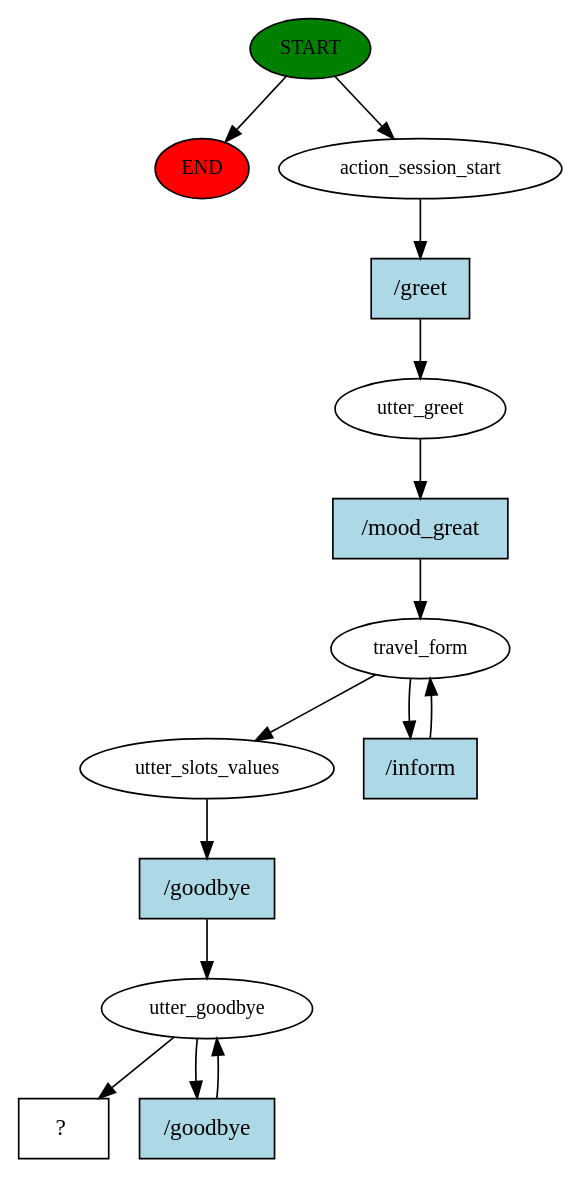
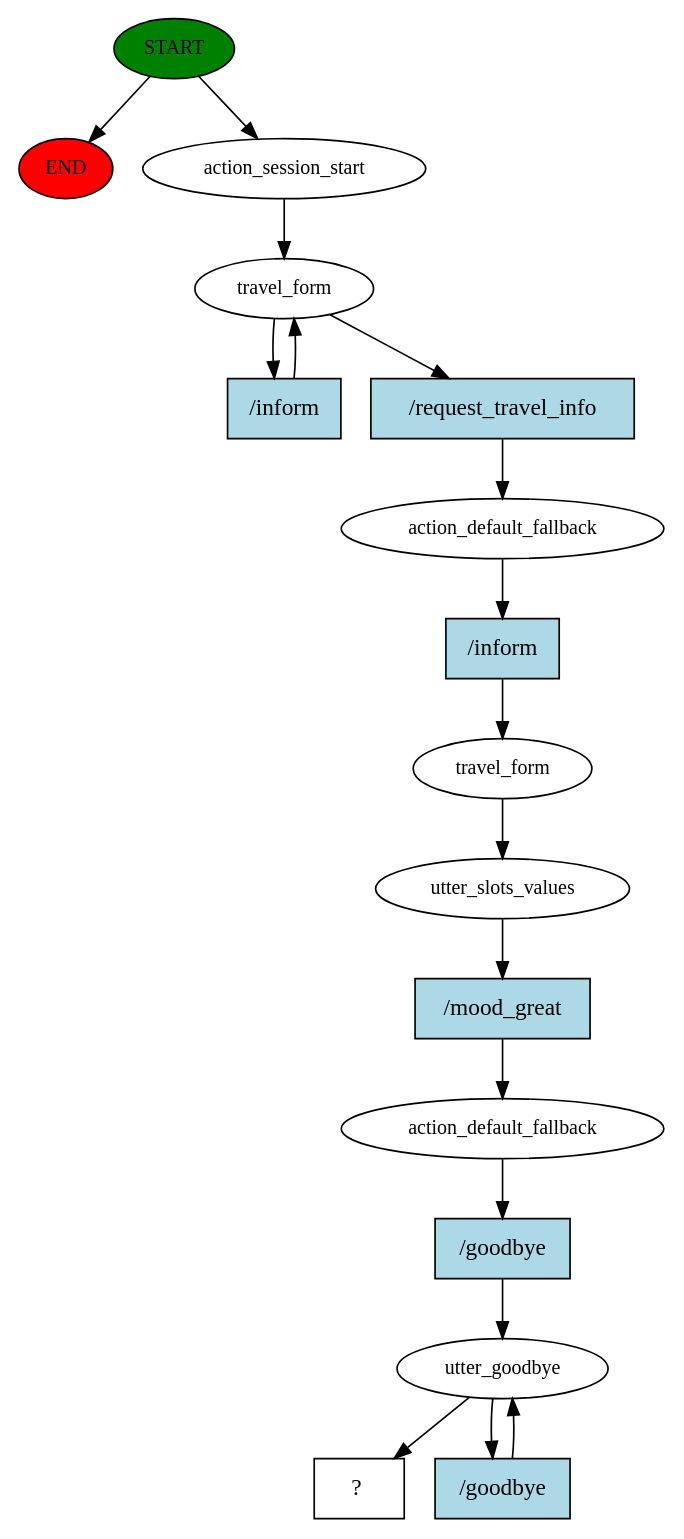
One commit to nirmalp-dev/travel-service-webapp changed the diagram in eduvibe/eduvibe/chatbot/story_graph.dot. Above: the diagram before and after it, drawn with Graphviz. The commit also changed 7 other files, not shown here.

```diff
--- a/eduvibe/eduvibe/chatbot/story_graph.dot
+++ b/eduvibe/eduvibe/chatbot/story_graph.dot
@@ -1,29 +1,35 @@
 digraph  {
 0 [class="start active", fillcolor=green, fontsize=12, label=START, style=filled];
 "-1" [class=end, fillcolor=red, fontsize=12, label=END, style=filled];
 1 [class=active, fontsize=12, label=action_session_start];
-2 [class=active, fontsize=12, label=utter_greet];
-3 [class=active, fontsize=12, label=travel_form];
-6 [class=active, fontsize=12, label=utter_slots_values];
-7 [class=active, fontsize=12, label=utter_goodbye];
-9 [class="intent dashed active", label="  ?  ", shape=rect];
-10 [class="intent active", fillcolor=lightblue, label="/greet", shape=rect, style=filled];
-11 [class="intent active", fillcolor=lightblue, label="/mood_great", shape=rect, style=filled];
+2 [class=active, fontsize=12, label=travel_form];
+5 [class=active, fontsize=12, label=action_default_fallback];
+6 [class=active, fontsize=12, label=travel_form];
+7 [class=active, fontsize=12, label=utter_slots_values];
+8 [class=active, fontsize=12, label=action_default_fallback];
+9 [class=active, fontsize=12, label=utter_goodbye];
+11 [class="intent dashed active", label="  ?  ", shape=rect];
 12 [class="intent active", fillcolor=lightblue, label="/inform", shape=rect, style=filled];
-13 [class="intent active", fillcolor=lightblue, label="/goodbye", shape=rect, style=filled];
-14 [class="intent active", fillcolor=lightblue, label="/goodbye", shape=rect, style=filled];
+13 [class="intent active", fillcolor=lightblue, label="/request_travel_info", shape=rect, style=filled];
+14 [class="intent active", fillcolor=lightblue, label="/inform", shape=rect, style=filled];
+15 [class="intent active", fillcolor=lightblue, label="/mood_great", shape=rect, style=filled];
+16 [class="intent active", fillcolor=lightblue, label="/goodbye", shape=rect, style=filled];
+17 [class="intent active", fillcolor=lightblue, label="/goodbye", shape=rect, style=filled];
 0 -> "-1"  [class="", key=NONE, label=""];
 0 -> 1  [class=active, key=NONE, label=""];
-1 -> 10  [class=active, key=0];
-2 -> 11  [class=active, key=0];
-3 -> 6  [class=active, key=NONE, label=""];
-3 -> 12  [class=active, key=0];
-6 -> 13  [class=active, key=0];
-7 -> 9  [class=active, key=NONE, label=""];
-7 -> 14  [class=active, key=0];
-10 -> 2  [class=active, key=0];
-11 -> 3  [class=active, key=0];
-12 -> 3  [class=active, key=0];
-13 -> 7  [class=active, key=0];
-14 -> 7  [class=active, key=0];
+1 -> 2  [class=active, key=NONE, label=""];
+2 -> 12  [class=active, key=0];
+2 -> 13  [class=active, key=0];
+5 -> 14  [class=active, key=0];
+6 -> 7  [class=active, key=NONE, label=""];
+7 -> 15  [class=active, key=0];
+8 -> 16  [class=active, key=0];
+9 -> 11  [class=active, key=NONE, label=""];
+9 -> 17  [class=active, key=0];
+12 -> 2  [class=active, key=0];
+13 -> 5  [class=active, key=0];
+14 -> 6  [class=active, key=0];
+15 -> 8  [class=active, key=0];
+16 -> 9  [class=active, key=0];
+17 -> 9  [class=active, key=0];
 }
```
